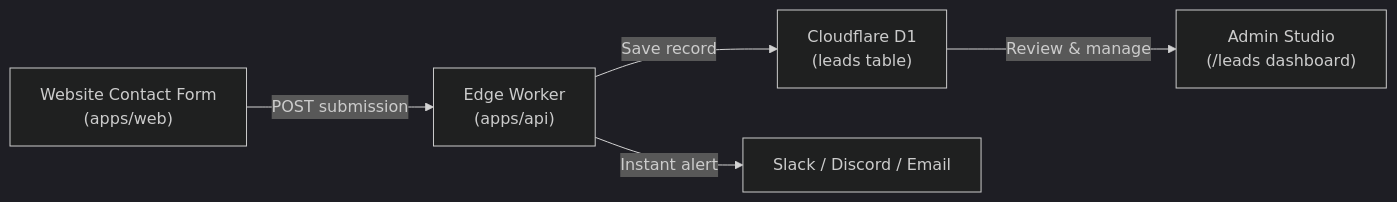
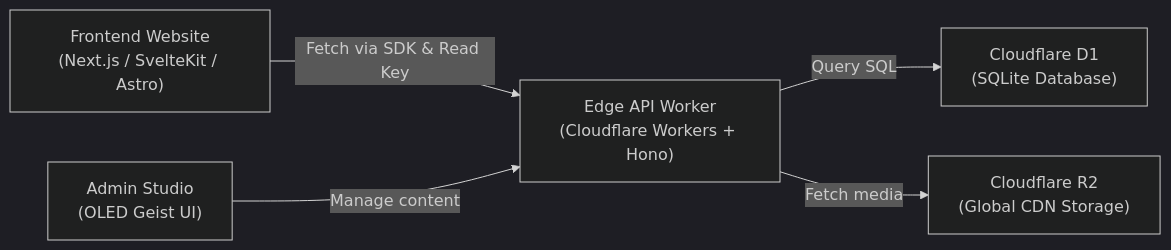
Before and after one commit to AlokMahapatra26/cms: the second of 2 diagrams in docs/CRM_SYSTEM_FEATURES_RESEARCH.md, drawn with Mermaid (dark theme). The commit also changed other lines of this file and 1 other file, not shown here.

Commit message:
docs: add simple and clear CMS features and architecture guide

````diff
--- a/docs/CRM_SYSTEM_FEATURES_RESEARCH.md
+++ b/docs/CRM_SYSTEM_FEATURES_RESEARCH.md
@@ -141,7 +146,7 @@
 ```mermaid
 flowchart LR
-    Site["Website Contact Form\n(apps/web)"] -->|POST submission| API["Edge Worker\n(apps/api)"]
-    API -->|Save record| D1["Cloudflare D1\n(leads table)"]
-    API -->|Instant alert| Slack["Slack / Discord / Email"]
-    D1 -->|Review & manage| Admin["Admin Studio\n(/leads dashboard)"]
+    Front["Frontend Website\n(Next.js / SvelteKit / Astro)"] -->|Fetch via SDK & Read Key| API["Edge API Worker\n(Cloudflare Workers + Hono)"]
+    API -->|Query SQL| D1["Cloudflare D1\n(SQLite Database)"]
+    API -->|Fetch media| R2["Cloudflare R2\n(Global CDN Storage)"]
+    Admin["Admin Studio\n(OLED Geist UI)"] -->|Manage content| API
 ```
````
